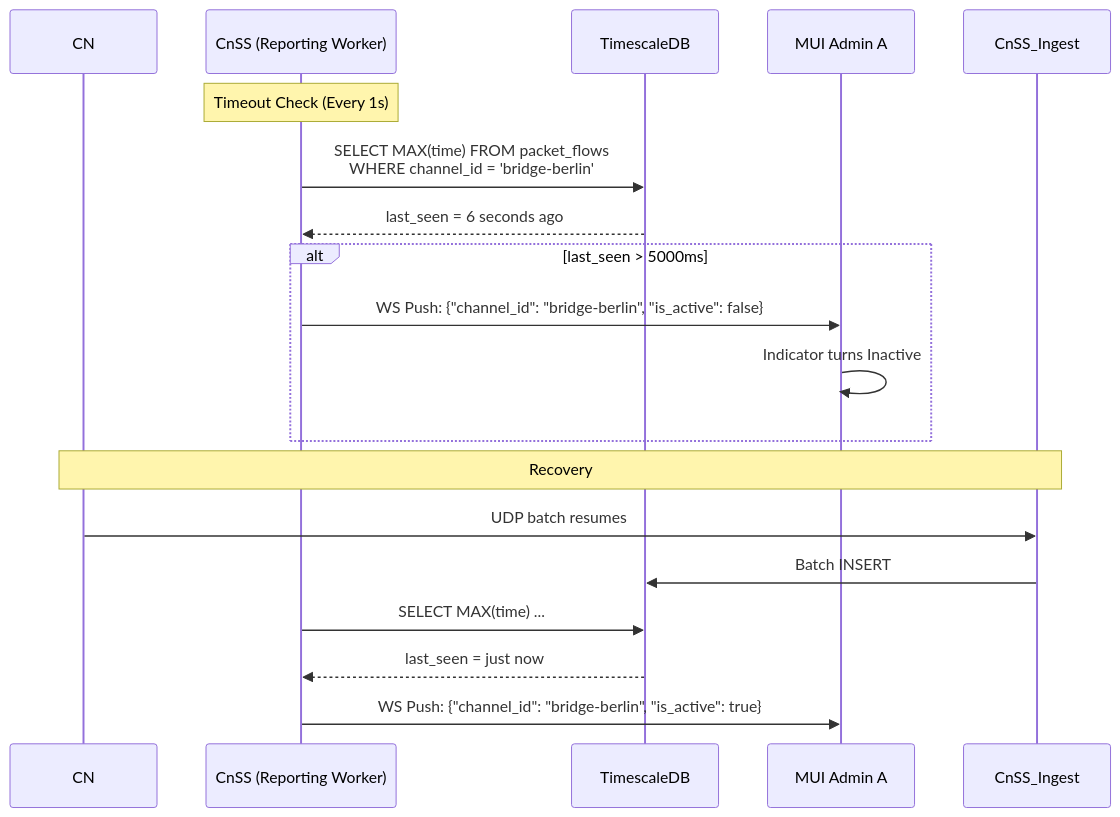
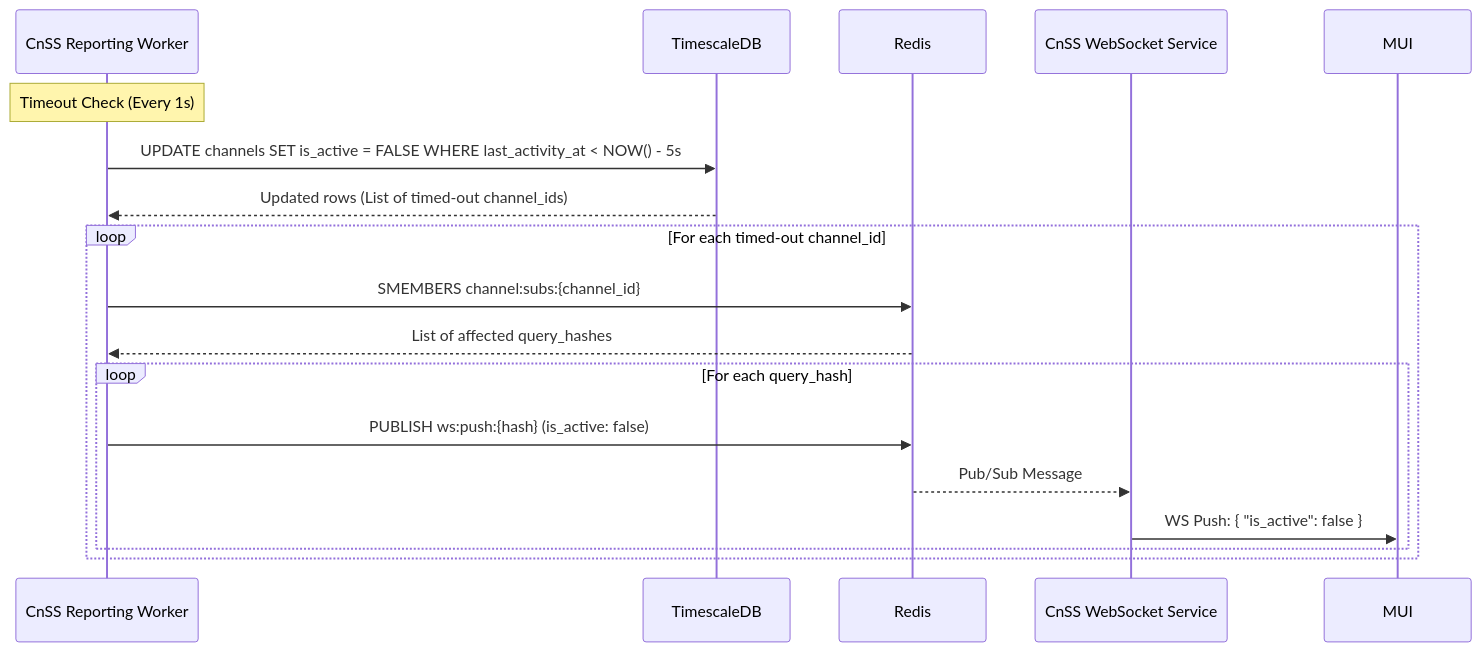
The third of 5 diagrams in docs/system-documentation.md (SWP-47/traffic-processing-platform), drawn with Mermaid before and after one commit. The commit also changed other lines of this file and 2 other files, not shown here.

````diff
--- a/docs/system-documentation.md
+++ b/docs/system-documentation.md
@@ -128,23 +199,23 @@
 ```mermaid
 sequenceDiagram
-    participant CN1 as CN #1 (bridge-berlin)
-    participant CnSS_Report as CnSS (Reporting Worker)
+    participant Report as CnSS Reporting Worker
     participant DB as TimescaleDB
-    participant MUI_A as MUI Admin A
+    participant Redis as Redis
+    participant WS as CnSS WebSocket Service
+    participant MUI as MUI
 
-    Note over CnSS_Report: Timeout Check (Every 1s)
-    CnSS_Report->>DB: SELECT MAX(time) FROM packet_flows <br/> WHERE channel_id = 'bridge-berlin'
-    DB-->>CnSS_Report: last_seen = 6 seconds ago
+    Note over Report: Timeout Check (Every 1s)
+    Report->>DB: UPDATE channels SET is_active = FALSE WHERE last_activity_at < NOW() - 5s
+    DB-->>Report: Updated rows (List of timed-out channel_ids)
     
-    alt last_seen > 5000ms
-        CnSS_Report->>MUI_A: WS Push: {"channel_id": "bridge-berlin", "is_active": false}
-        MUI_A->>MUI_A: Indicator turns Inactive
+    loop For each timed-out channel_id
+        Report->>Redis: SMEMBERS channel:subs:{channel_id}
+        Redis-->>Report: List of affected query_hashes
+        
+        loop For each query_hash
+            Report->>Redis: PUBLISH ws:push:{hash} (is_active: false)
+            Redis-->>WS: Pub/Sub Message
+            WS->>MUI: WS Push: { "is_active": false }
+        end
     end
-
-    Note over CN1, CnSS_Ingest: Recovery
-    CN1->>CnSS_Ingest: UDP batch resumes
-    CnSS_Ingest->>DB: Batch INSERT
-    CnSS_Report->>DB: SELECT MAX(time) ...
-    DB-->>CnSS_Report: last_seen = just now
-    CnSS_Report->>MUI_A: WS Push: {"channel_id": "bridge-berlin", "is_active": true}
 ```
````
